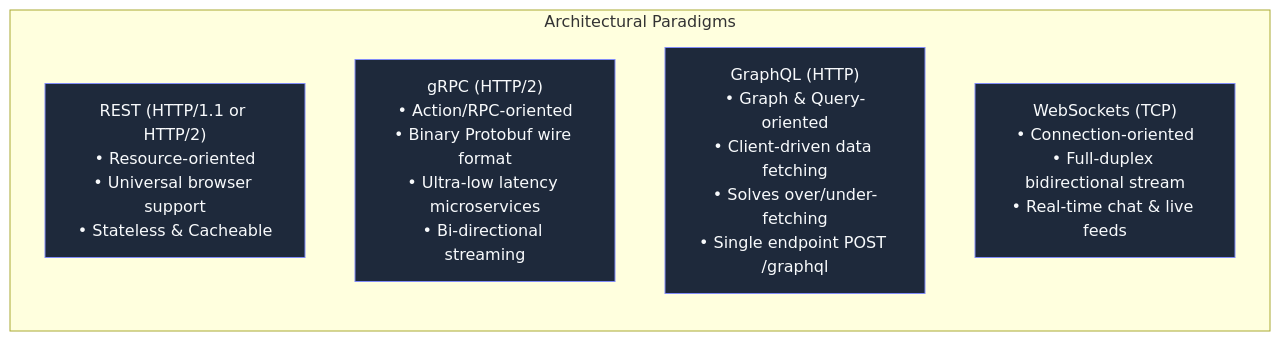
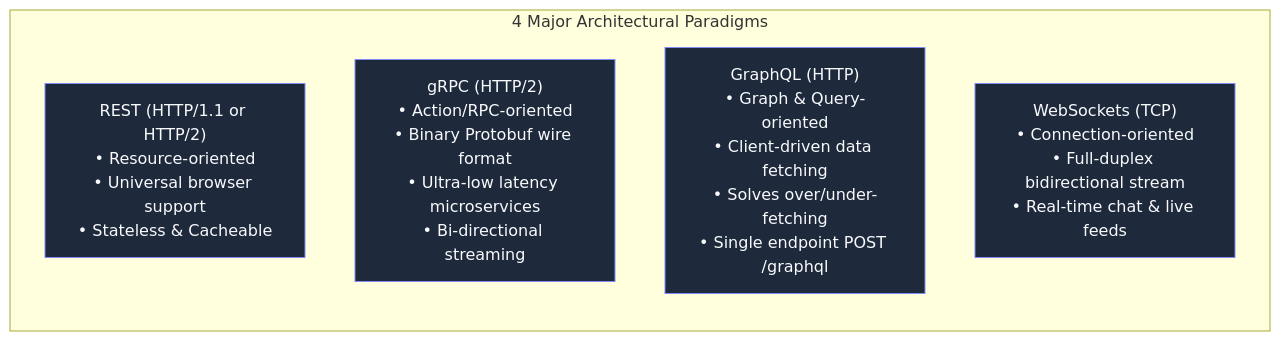
One commit to AkmKawser/System-Design changed diagram 16 of 29 in topics/0.FUNDAMENTALS/API Architecture and Design/output/Note_version-1_API_Architecture_and_Design/API_Architecture_and_Design.md. Above: the diagram before and after it, drawn with Mermaid. The commit also changed other lines of this file and 1 other file, not shown here.

Commit message:
docs(api): reorganize API architecture master guide and update chat governance log

````diff
--- a/topics/0.FUNDAMENTALS/API Architecture and Design/output/Note_version-1_API_Architecture_and_Design/API_Architecture_and_Design.md
+++ b/topics/0.FUNDAMENTALS/API Architecture and Design/output/Note_version-1_API_Architecture_and_Design/API_Architecture_and_Design.md
@@ -481,13 +861,13 @@
 ```mermaid
 flowchart LR
-    subgraph Paradigms["Architectural Paradigms"]
+    subgraph Paradigms["4 Major Architectural Paradigms"]
         direction TB
         REST["REST (HTTP/1.1 or HTTP/2)\n• Resource-oriented\n• Universal browser support\n• Stateless & Cacheable"]
         gRPC["gRPC (HTTP/2)\n• Action/RPC-oriented\n• Binary Protobuf wire format\n• Ultra-low latency microservices\n• Bi-directional streaming"]
         GQL["GraphQL (HTTP)\n• Graph & Query-oriented\n• Client-driven data fetching\n• Solves over/under-fetching\n• Single endpoint POST /graphql"]
         WS["WebSockets (TCP)\n• Connection-oriented\n• Full-duplex bidirectional stream\n• Real-time chat & live feeds"]
     end
 
     classDef b fill:#1e293b,stroke:#818cf8,stroke-width:1px,color:#f8fafc;
     class REST,gRPC,GQL,WS b;
 ```
````
